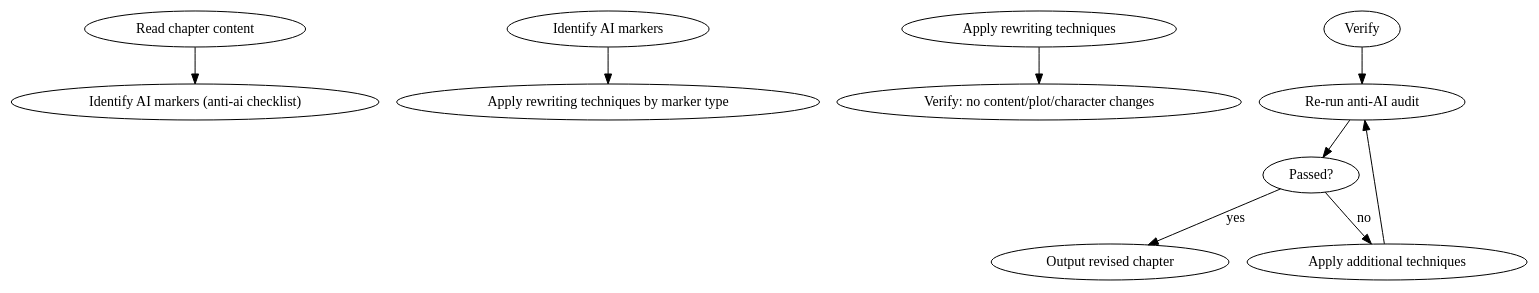
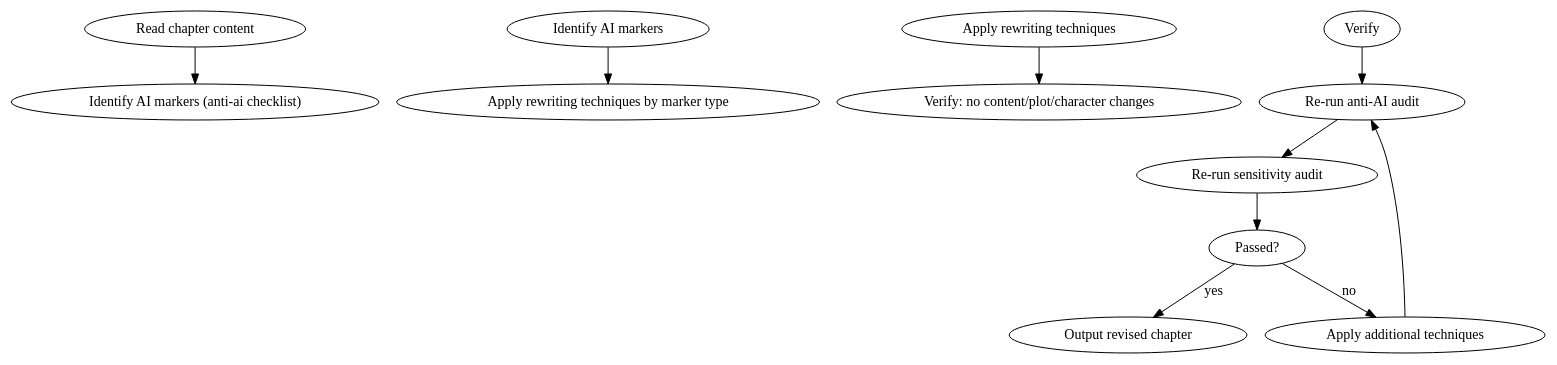
One commit to ThomasChangX/shenbi changed the diagram in skills/shenbi-anti-detect/SKILL.md. Above: the diagram before and after it, drawn with Graphviz. The commit also changed other lines of this file and 67 other files, not shown here.

````diff
--- a/skills/shenbi-anti-detect/SKILL.md
+++ b/skills/shenbi-anti-detect/SKILL.md
@@ -39,12 +39,13 @@
 ```dot
 digraph anti_detect {
     "Read chapter content" -> "Identify AI markers (anti-ai checklist)";
     "Identify AI markers" -> "Apply rewriting techniques by marker type";
     "Apply rewriting techniques" -> "Verify: no content/plot/character changes";
     "Verify" -> "Re-run anti-AI audit";
-    "Re-run anti-AI audit" -> "Passed?";
+    "Re-run anti-AI audit" -> "Re-run sensitivity audit";
+    "Re-run sensitivity audit" -> "Passed?";
     "Passed?" -> "Output revised chapter" [label="yes"];
     "Passed?" -> "Apply additional techniques" [label="no"];
     "Apply additional techniques" -> "Re-run anti-AI audit";
 }
 ```
````
